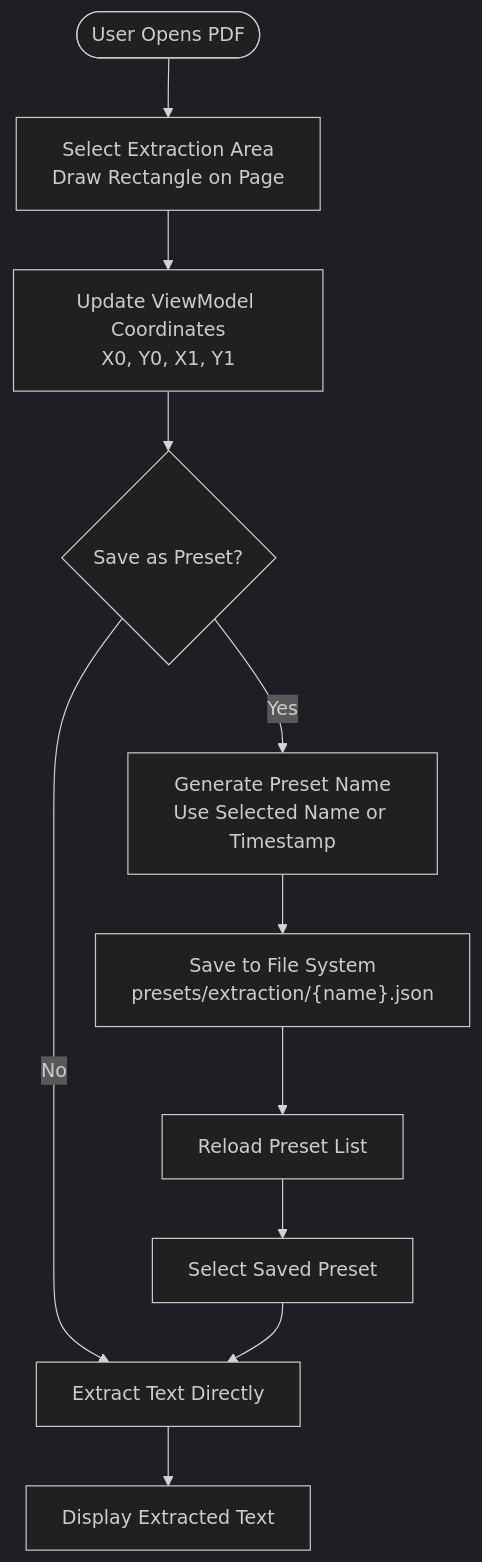
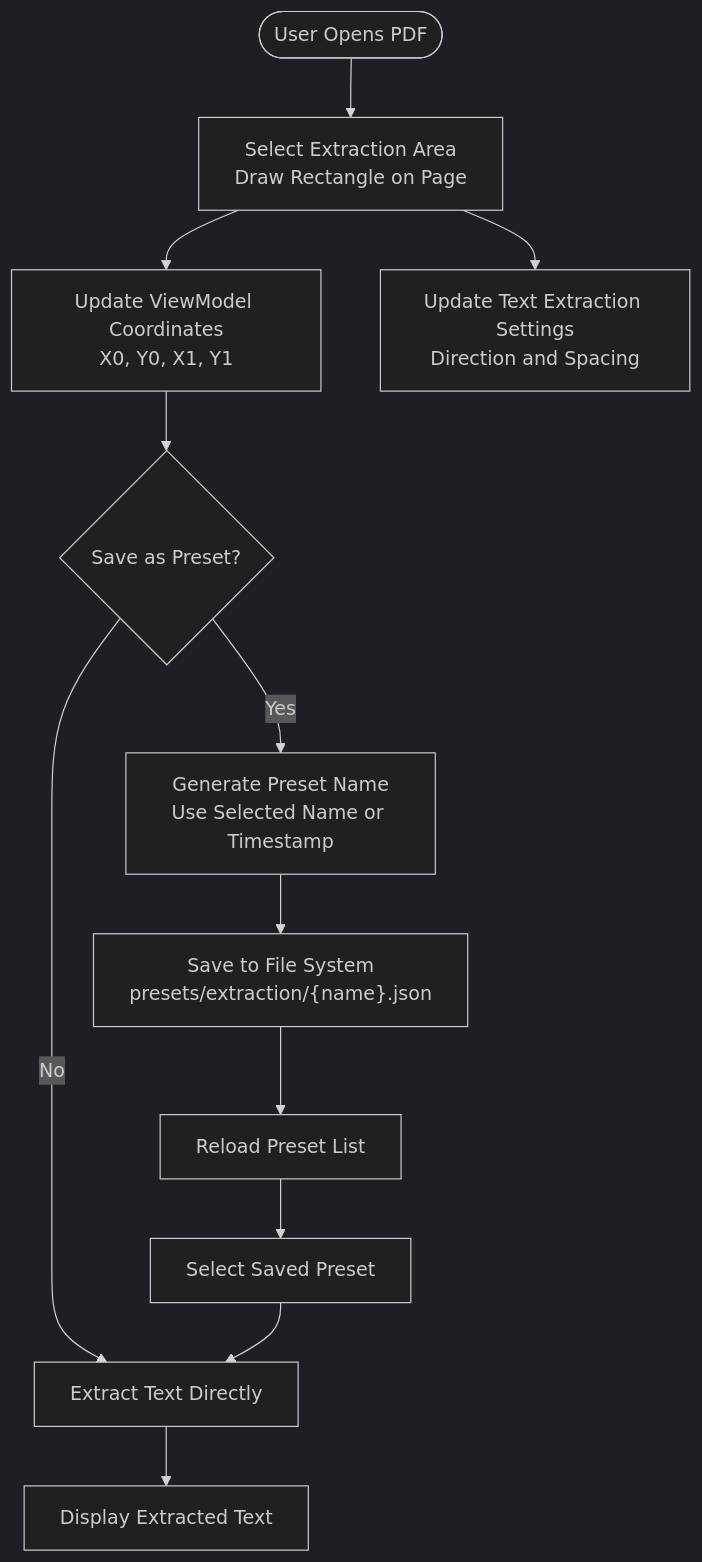
Before and after one commit to Kibnet/PDFAnnotator: the seventh of 8 diagrams in .qoder/repowiki/en/content/Data Models/ExtractionPreset.md, drawn with Mermaid (dark theme). The commit also changed other lines of this file and 4 other files, not shown here.

````diff
--- a/.qoder/repowiki/en/content/Data Models/ExtractionPreset.md
+++ b/.qoder/repowiki/en/content/Data Models/ExtractionPreset.md
@@ -398,13 +469,14 @@
 ```mermaid
 flowchart TD
 Start([User Opens PDF]) --> SelectArea["Select Extraction Area<br/>Draw Rectangle on Page"]
 SelectArea --> UpdateCoords["Update ViewModel Coordinates<br/>X0, Y0, X1, Y1"]
+SelectArea --> UpdateTextSettings["Update Text Extraction Settings<br/>Direction and Spacing"]
 UpdateCoords --> SaveChoice{"Save as Preset?"}
 SaveChoice --> |Yes| GenerateName["Generate Preset Name<br/>Use Selected Name or Timestamp"]
 SaveChoice --> |No| ExtractDirectly["Extract Text Directly"]
 GenerateName --> SavePreset["Save to File System<br/>presets/extraction/{name}.json"]
 SavePreset --> ReloadPresets["Reload Preset List"]
 ReloadPresets --> SelectSaved["Select Saved Preset"]
 SelectSaved --> ExtractDirectly
 ExtractDirectly --> DisplayResults["Display Extracted Text"]
 ```
````
